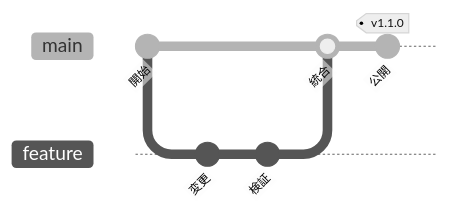
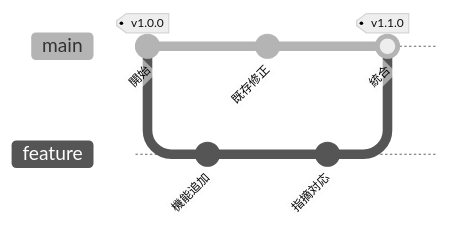
Before and after one commit to Wataru-Toriumi/agent-skills: the diagram in plugins/sketch/skills/draw-mermaid/examples/gitgraph.md, drawn with Mermaid (neutral theme). The commit also changed other lines of this file and 3 other files, not shown here.

Commit message:
feat(sketch): expand Git graph examples

````diff
--- a/plugins/sketch/skills/draw-mermaid/examples/gitgraph.md
+++ b/plugins/sketch/skills/draw-mermaid/examples/gitgraph.md
@@ -5,11 +5,12 @@
 ```mermaid
 gitGraph
-    commit id: "開始"
+    commit id: "開始" tag: "v1.0.0"
     branch feature
+    commit id: "機能追加"
+    checkout main
+    commit id: "既存修正"
     checkout feature
-    commit id: "変更"
-    commit id: "検証"
+    commit id: "指摘対応"
     checkout main
-    merge feature id: "統合"
-    commit id: "公開" tag: "v1.1.0"
+    merge feature id: "統合" tag: "v1.1.0"
 ```
````
